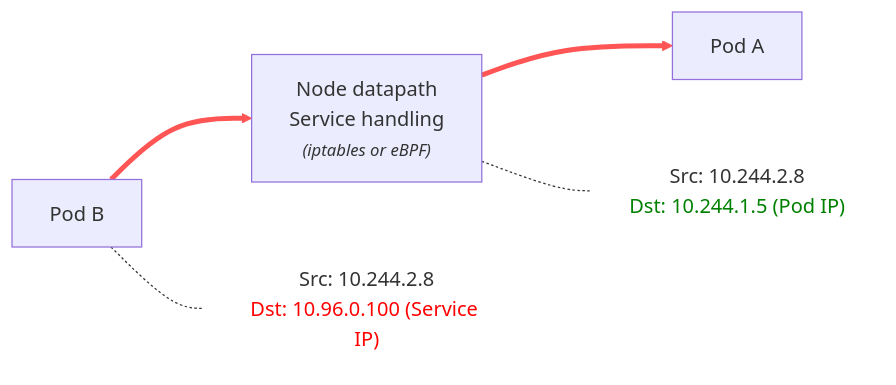
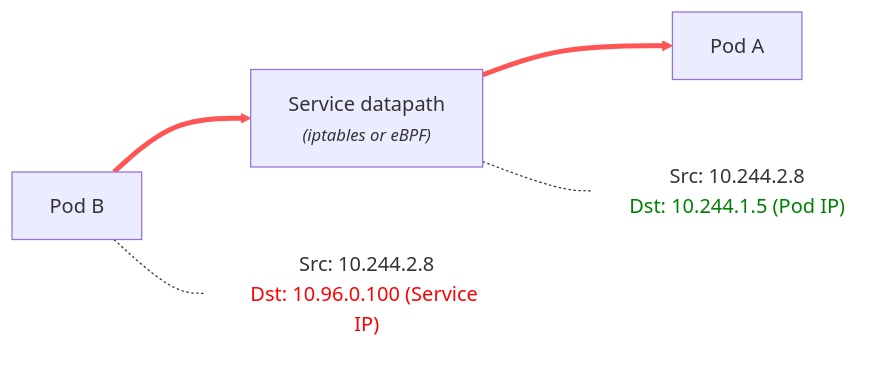
The ninth of 15 diagrams in _posts/2025-03-17-kubecon.md (SRodi/srodi.github.io), drawn with Mermaid before and after one commit. The commit also changed other lines of this file, not shown here.

Commit message:
kubecon diagram svc adjustment

````diff
--- a/_posts/2025-03-17-kubecon.md
+++ b/_posts/2025-03-17-kubecon.md
@@ -177,18 +177,18 @@
 ```mermaid
 graph LR
     direction LR
-    C[Pod B] --> N["Node datapath<br>Service handling<br><i><small>(iptables or eBPF)</small></i>"]
+    C[Pod B] --> N["Service datapath<br><i><small>(iptables or eBPF)</small></i>"]
     N --> P[Pod A]
     
     lbl1["Src: 10.244.2.8<br><span style='color:red'>Dst: 10.96.0.100 (Service IP)</span>"]
     lbl2["Src: 10.244.2.8<br><span style='color:green'>Dst: 10.244.1.5 (Pod IP)</span>"]
 
     C -.- lbl1
     N -.- lbl2
 
     classDef plainLabel fill:none,stroke:none;
     class lbl1,lbl2 plainLabel;
 
     %% Highlight the packet flow
     linkStyle 0,1 stroke:#ff5555,stroke-width:4px;
 ```
````
